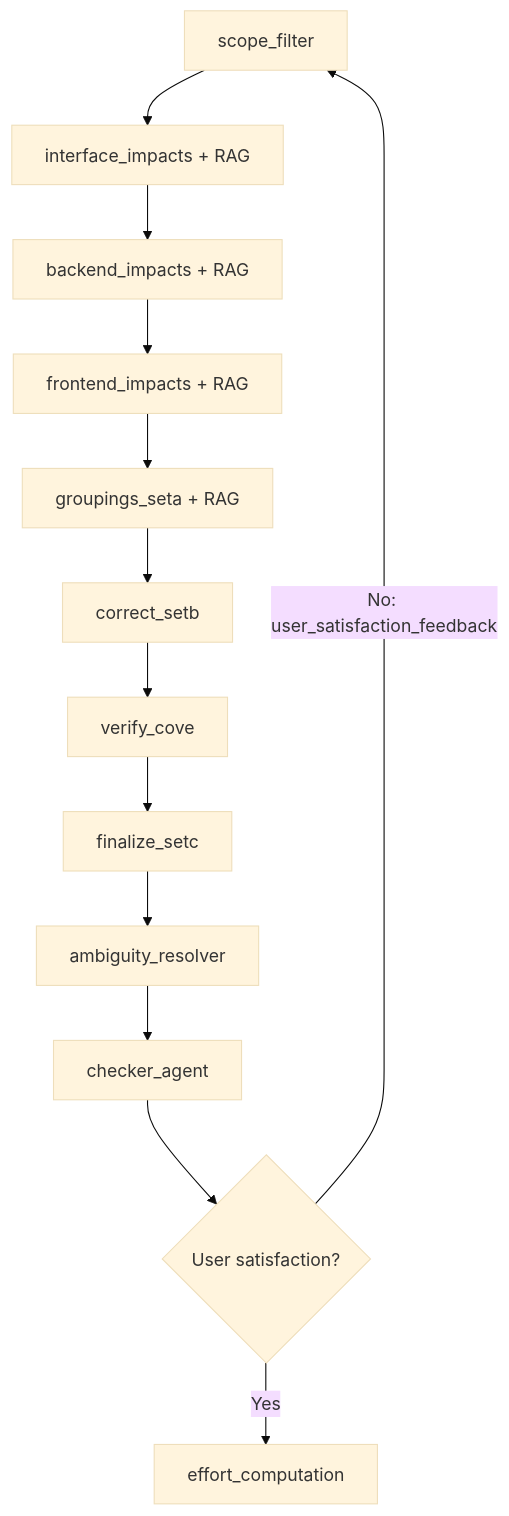
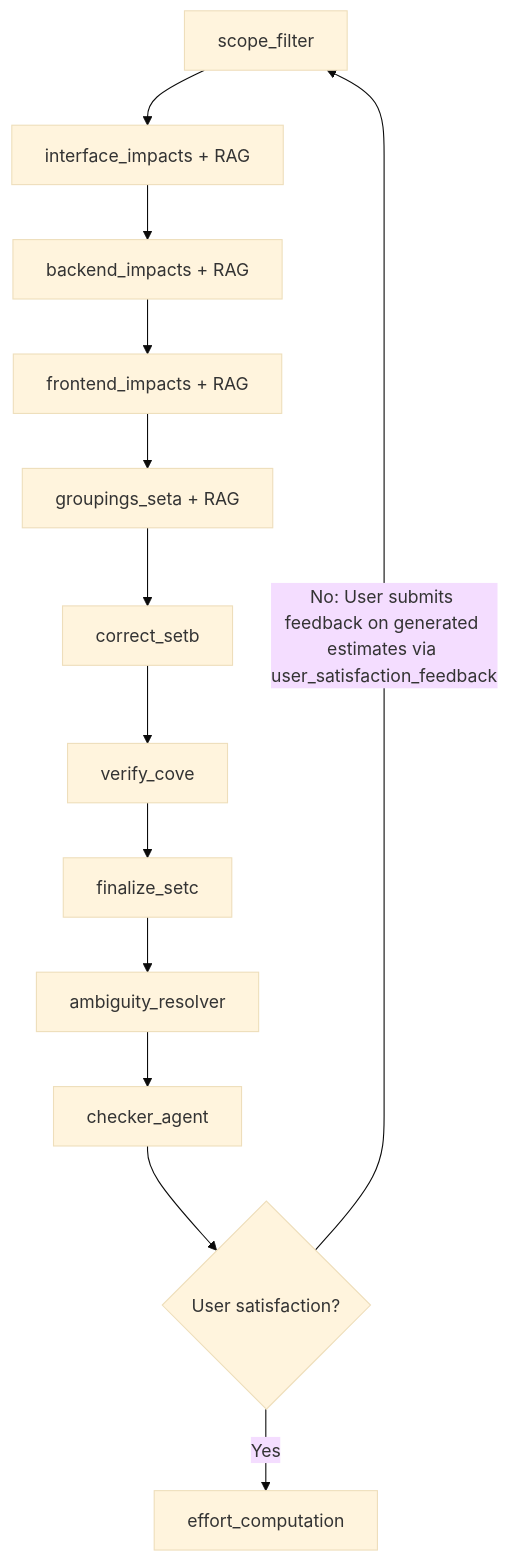
The third of 3 diagrams in docs/DESIGN.md (hangchill/GROSS_agentic_estimation_tool), drawn with Mermaid (base theme) before and after one commit. The commit also changed other lines of this file, not shown here.

````diff
--- a/docs/DESIGN.md
+++ b/docs/DESIGN.md
@@ -138,18 +142,18 @@
 ```mermaid
 flowchart TD
     A[scope_filter] --> B[interface_impacts + RAG]
     B --> C[backend_impacts + RAG]
     C --> D[frontend_impacts + RAG]
     D --> E[groupings_seta + RAG]
     E --> F[correct_setb]
     F --> G[verify_cove]
     G --> H[finalize_setc]
     
     H --> I[ambiguity_resolver]
     I --> J[checker_agent]
     J --> K{User satisfaction?}
     
     K -->|Yes| L[effort_computation]
-    K -->|No: user_satisfaction_feedback| A
+    K -->|No: User submits feedback on generated estimates via user_satisfaction_feedback| A
 
 ```
````
